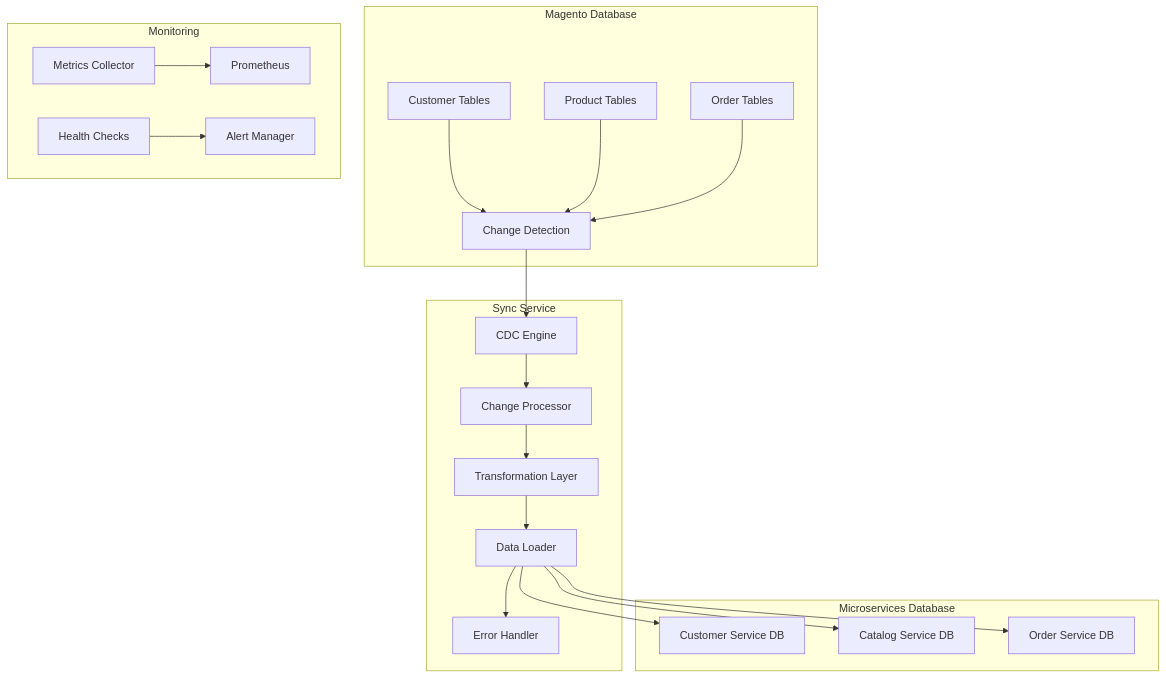
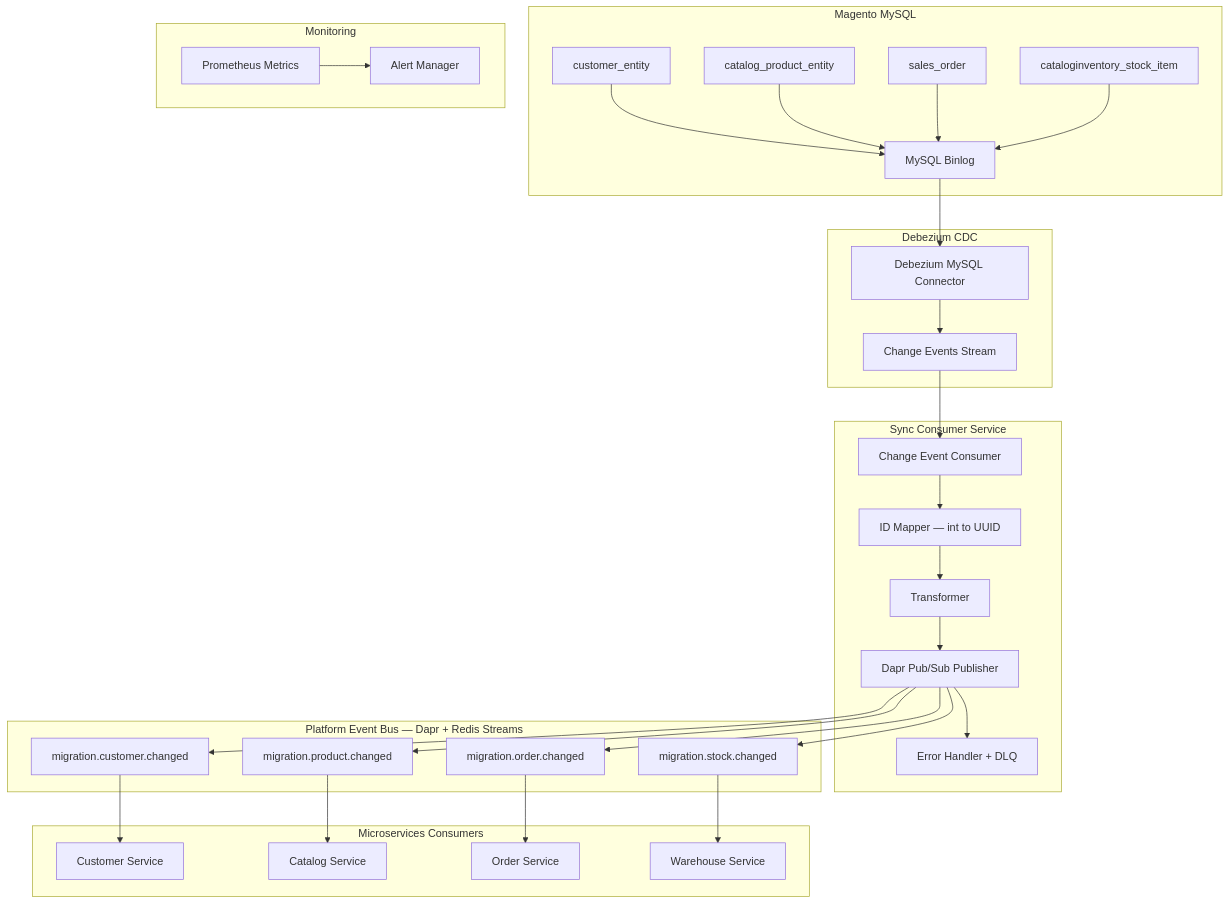
The diagram in 09-migration-guides/magento-migration/sync-service-implementation.md (vesviet/Composable-Commerce-Service-Architecture), drawn with Mermaid before and after one commit. The commit also changed other lines of this file and 570 other files, not shown here.

````diff
--- a/09-migration-guides/magento-migration/sync-service-implementation.md
+++ b/09-migration-guides/magento-migration/sync-service-implementation.md
@@ -17,27 +21,40 @@
 ```mermaid
 graph TB
-    subgraph "Magento Database"
-        A[Customer Tables] --> B[Change Detection]
-        C[Product Tables] --> B
-        D[Order Tables] --> B
+    subgraph "Magento MySQL"
+        A[customer_entity] --> B[MySQL Binlog]
+        C[catalog_product_entity] --> B
+        D[sales_order] --> B
+        E[cataloginventory_stock_item] --> B
     end
-    
-    subgraph "Sync Service"
-        B --> E[CDC Engine]
-        E --> F[Change Processor]
-        F --> G[Transformation Layer]
-        G --> H[Data Loader]
-        H --> I[Error Handler]
+
+    subgraph "Debezium CDC"
+        B --> F[Debezium MySQL Connector]
+        F --> G[Change Events Stream]
     end
-    
-    subgraph "Microservices Database"
-        H --> J[Customer Service DB]
-        H --> K[Catalog Service DB]
-        H --> L[Order Service DB]
+
+    subgraph "Sync Consumer Service"
+        G --> H[Change Event Consumer]
+        H --> I[ID Mapper — int to UUID]
+        I --> J[Transformer]
+        J --> K[Dapr Pub/Sub Publisher]
+        K --> L[Error Handler + DLQ]
     end
-    
+
+    subgraph "Platform Event Bus — Dapr + Redis Streams"
+        K --> M[migration.customer.changed]
+        K --> N[migration.product.changed]
+        K --> O[migration.order.changed]
+        K --> P[migration.stock.changed]
+    end
+
+    subgraph "Microservices Consumers"
+        M --> Q[Customer Service]
+        N --> R[Catalog Service]
+        O --> S[Order Service]
+        P --> T[Warehouse Service]
+    end
+
     subgraph "Monitoring"
-        M[Metrics Collector] --> N[Prometheus]
-        O[Health Checks] --> P[Alert Manager]
+        U[Prometheus Metrics] --> V[Alert Manager]
     end
 ```
````
